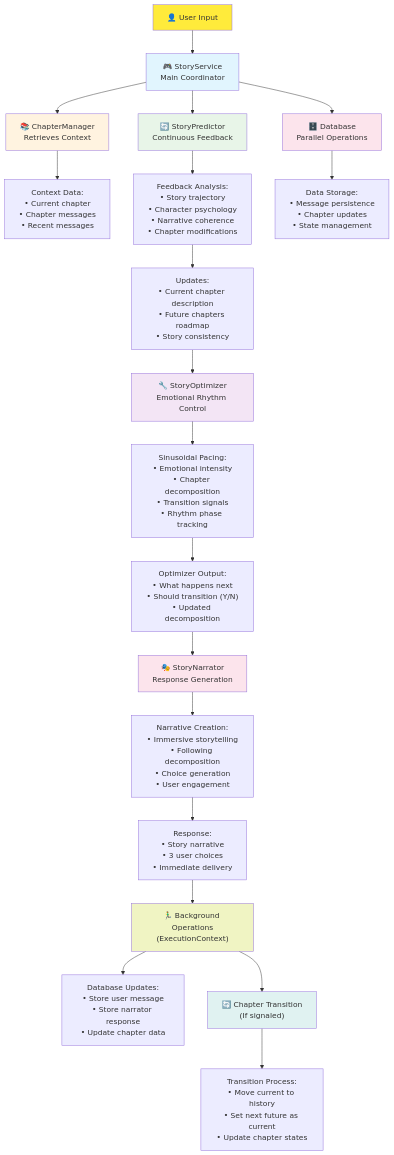
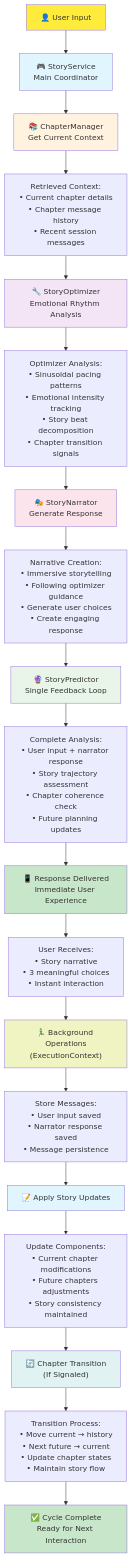
Before and after one commit to the-future-dev/odissey: the second of 2 diagrams in docs/story-agents-architecture.md, drawn with Mermaid. The commit also changed other lines of this file and 6 other files, not shown here.

````diff
--- a/docs/story-agents-architecture.md
+++ b/docs/story-agents-architecture.md
@@ -65,37 +65,42 @@
 ```mermaid
 graph TD
     A["👤 User Input"] --> B["🎮 StoryService<br/>Main Coordinator"]
     
-    B --> C["📚 ChapterManager<br/>Retrieves Context"]
-    C --> C1["Context Data:<br/>• Current chapter<br/>• Chapter messages<br/>• Recent messages"]
+    B --> C["📚 ChapterManager<br/>Get Current Context"]
+    C --> C1["Retrieved Context:<br/>• Current chapter details<br/>• Chapter message history<br/>• Recent session messages"]
     
-    B --> D["🔄 StoryPredictor<br/>Continuous Feedback"]
-    D --> D1["Feedback Analysis:<br/>• Story trajectory<br/>• Character psychology<br/>• Narrative coherence<br/>• Chapter modifications"]
-    D1 --> D2["Updates:<br/>• Current chapter description<br/>• Future chapters roadmap<br/>• Story consistency"]
+    C1 --> D["🔧 StoryOptimizer<br/>Emotional Rhythm Analysis"]
+    D --> D1["Optimizer Analysis:<br/>• Sinusoidal pacing patterns<br/>• Emotional intensity tracking<br/>• Story beat decomposition<br/>• Chapter transition signals"]
     
-    D2 --> E["🔧 StoryOptimizer<br/>Emotional Rhythm Control"]
-    E --> E1["Sinusoidal Pacing:<br/>• Emotional intensity<br/>• Chapter decomposition<br/>• Transition signals<br/>• Rhythm phase tracking"]
-    E1 --> E2["Optimizer Output:<br/>• What happens next<br/>• Should transition (Y/N)<br/>• Updated decomposition"]
+    D1 --> E["🎭 StoryNarrator<br/>Generate Response"]
+    E --> E1["Narrative Creation:<br/>• Immersive storytelling<br/>• Following optimizer guidance<br/>• Generate user choices<br/>• Create engaging response"]
     
-    E2 --> F["🎭 StoryNarrator<br/>Response Generation"]
-    F --> F1["Narrative Creation:<br/>• Immersive storytelling<br/>• Following decomposition<br/>• Choice generation<br/>• User engagement"]
-    F1 --> F2["Response:<br/>• Story narrative<br/>• 3 user choices<br/>• Immediate delivery"]
+    E1 --> F["🔮 StoryPredictor<br/>Single Feedback Loop"]
+    F --> F1["Complete Analysis:<br/>• User input + narrator response<br/>• Story trajectory assessment<br/>• Chapter coherence check<br/>• Future planning updates"]
     
-    F2 --> G["🏃‍♂️ Background Operations<br/>(ExecutionContext)"]
-    G --> G1["Database Updates:<br/>• Store user message<br/>• Store narrator response<br/>• Update chapter data"]
-    G --> H["🔄 Chapter Transition<br/>(If signaled)"]
-    H --> H1["Transition Process:<br/>• Move current to history<br/>• Set next future as current<br/>• Update chapter states"]
+    F1 --> G["📱 Response Delivered<br/>Immediate User Experience"]
+    G --> G1["User Receives:<br/>• Story narrative<br/>• 3 meaningful choices<br/>• Instant interaction"]
     
-    B --> I["🗄️ Database<br/>Parallel Operations"]
-    I --> I1["Data Storage:<br/>• Message persistence<br/>• Chapter updates<br/>• State management"]
+    G1 --> H["🏃‍♂️ Background Operations<br/>(ExecutionContext)"]
+    H --> H1["Store Messages:<br/>• User input saved<br/>• Narrator response saved<br/>• Message persistence"]
+    
+    H1 --> I["📝 Apply Story Updates"]
+    I --> I1["Update Components:<br/>• Current chapter modifications<br/>• Future chapters adjustments<br/>• Story consistency maintained"]
+    
+    I1 --> J["🔄 Chapter Transition<br/>(If Signaled)"]
+    J --> J1["Transition Process:<br/>• Move current → history<br/>• Next future → current<br/>• Update chapter states<br/>• Maintain story flow"]
+    
+    J1 --> K["✅ Cycle Complete<br/>Ready for Next Interaction"]
     
     style A fill:#ffeb3b
     style B fill:#e1f5fe
     style C fill:#fff3e0
-    style D fill:#e8f5e8
-    style E fill:#f3e5f5
-    style F fill:#fce4ec
-    style G fill:#f0f4c3
-    style H fill:#e0f2f1
-    style I fill:#fce4ec
+    style D fill:#f3e5f5
+    style E fill:#fce4ec
+    style F fill:#e8f5e8
+    style G fill:#c8e6c9
+    style H fill:#f0f4c3
+    style I fill:#e1f5fe
+    style J fill:#e0f2f1
+    style K fill:#c8e6c9
 ```
````
